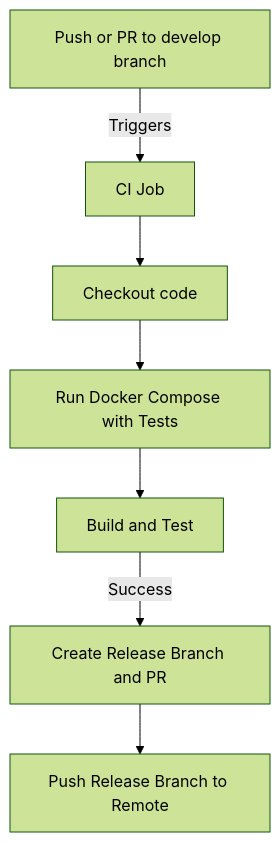
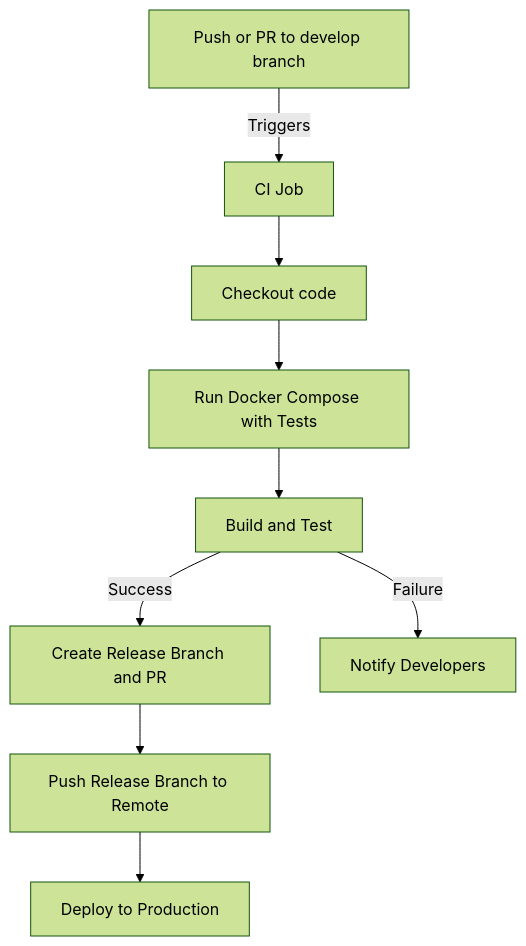
The first of 2 diagrams in README.md (mayconlemosCloud/node-api), drawn with Mermaid (forest theme) before and after one commit. The commit also changed other lines of this file, not shown here.

Commit message:
docs: enhance README.md with project flow diagrams and component descriptions

````diff
--- a/README.md
+++ b/README.md
@@ -105,9 +105,11 @@
 ```mermaid
 graph TD
     A[Push or PR to develop branch] -->|Triggers| B[CI Job]
     B --> C[Checkout code]
     C --> D[Run Docker Compose with Tests]
     D --> E[Build and Test]
     E -->|Success| F[Create Release Branch and PR]
+    E -->|Failure| H[Notify Developers]
     F --> G[Push Release Branch to Remote]
+    G --> I[Deploy to Production]
 ```
````
